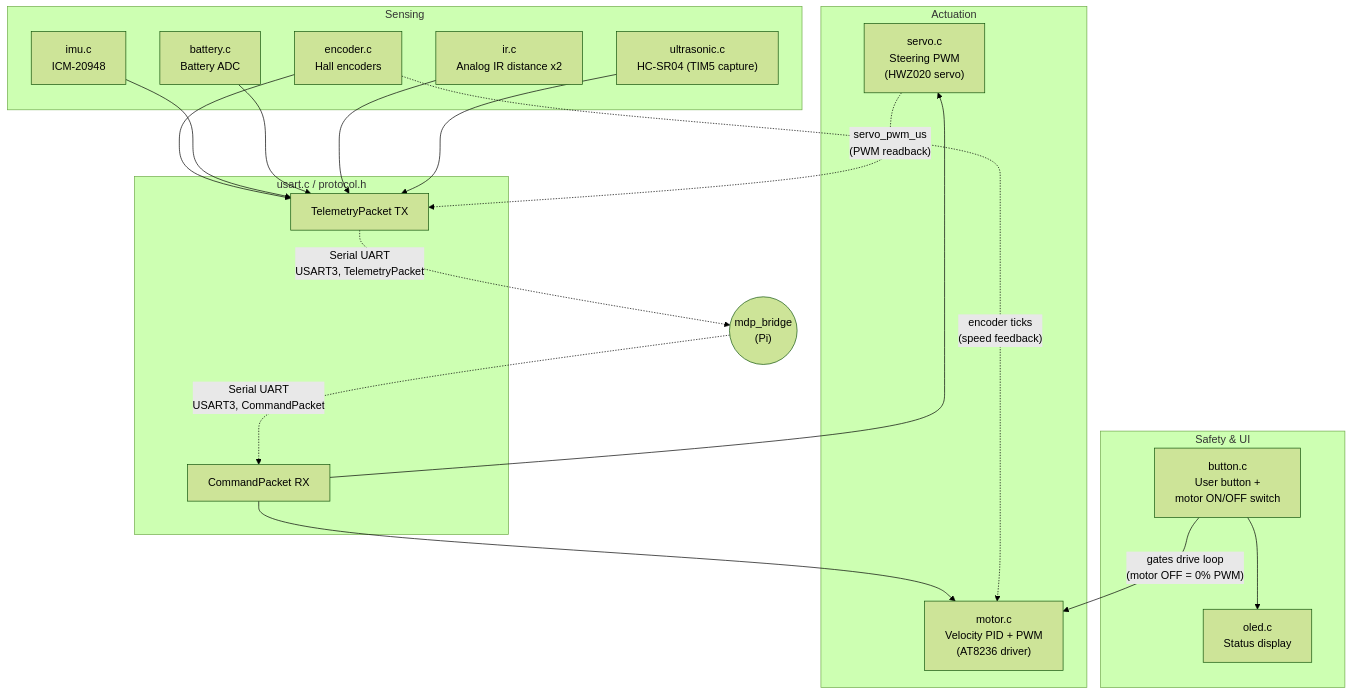
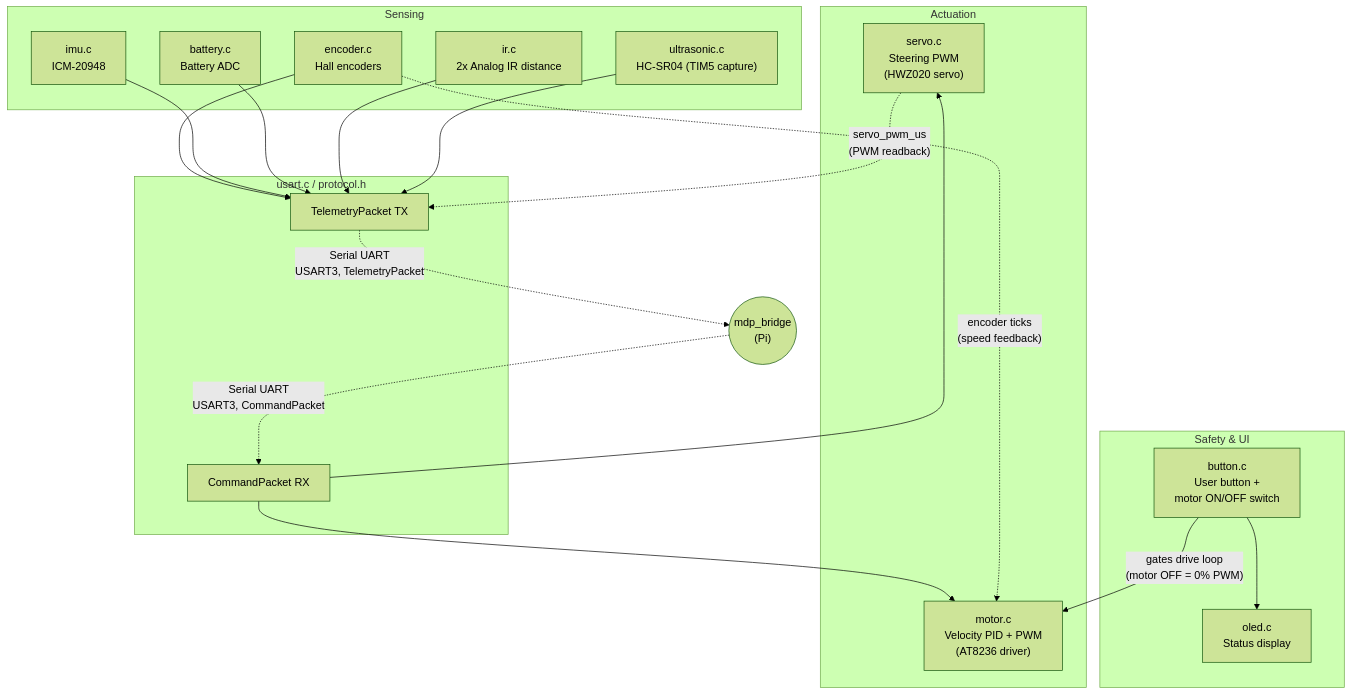
One commit to Alvin0523/mdp changed the diagram in docs/stm32/index.md. Above: the diagram before and after it, drawn with Mermaid (forest theme). The commit also changed other lines of this file and 3 other files, not shown here.

````diff
--- a/docs/stm32/index.md
+++ b/docs/stm32/index.md
@@ -17,42 +17,42 @@
 ```mermaid
 graph TD
   subgraph ACTUATION["Actuation"]
     MOTOR["motor.c<br/>Velocity PID + PWM<br/>(AT8236 driver)"]
     SERVO["servo.c<br/>Steering PWM<br/>(HWZ020 servo)"]
   end
 
   subgraph SENSING["Sensing"]
-    IR["ir.c<br/>Analog IR distance x2"]
+    IR["ir.c<br/>2x Analog IR distance"]
     US["ultrasonic.c<br/>HC-SR04 (TIM5 capture)"]
     ENC["encoder.c<br/>Hall encoders"]
     IMUD["imu.c<br/>ICM-20948"]
     BATT["battery.c<br/>Battery ADC"]
   end
 
   subgraph SAFETY["Safety & UI"]
     BTN["button.c<br/>User button +<br/>motor ON/OFF switch"]
     OLED["oled.c<br/>Status display"]
   end
 
   subgraph COMM["usart.c / protocol.h"]
     RX["CommandPacket RX"]
     TX["TelemetryPacket TX"]
   end
 
   BRIDGE(("mdp_bridge<br/>(Pi)"))
 
   BRIDGE -.->|"Serial UART<br/>USART3, CommandPacket"| RX
   RX --> MOTOR
   RX --> SERVO
   BTN -->|"gates drive loop<br/>(motor OFF = 0% PWM)"| MOTOR
   BTN --> OLED
 
   ENC -.->|"encoder ticks<br/>(speed feedback)"| MOTOR
   ENC --> TX
   IMUD --> TX
   BATT --> TX
   IR --> TX
   US --> TX
   SERVO -.->|"servo_pwm_us<br/>(PWM readback)"| TX
   TX -.->|"Serial UART<br/>USART3, TelemetryPacket"| BRIDGE
 ```
````
